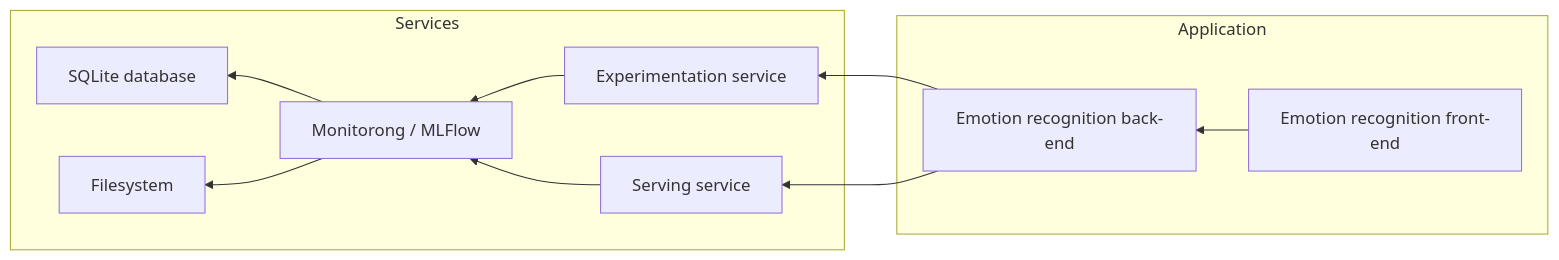
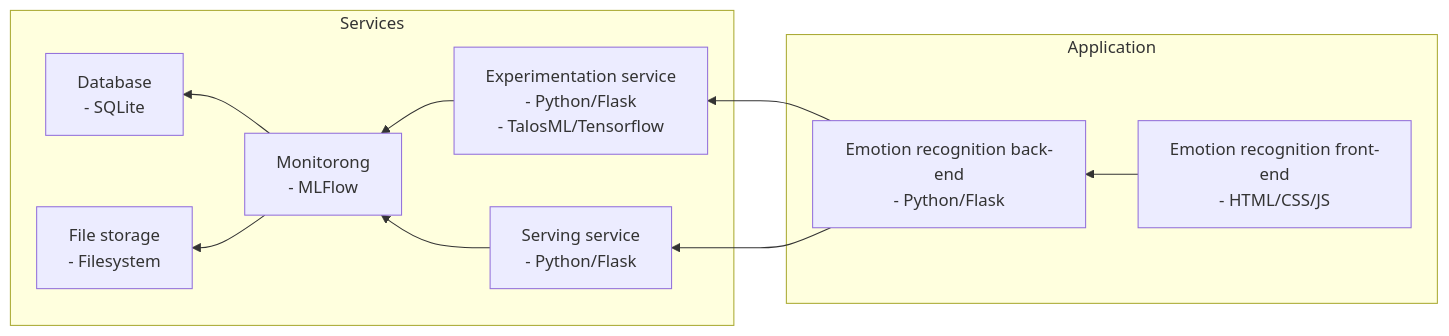
Before and after one commit to Research-Center-Data-Intelligence/CHIMP: the diagram in README.md, drawn with Mermaid.

Commit message:
Fixed diagram formatting

````diff
--- a/README.md
+++ b/README.md
@@ -10,14 +10,14 @@
 ```mermaid
 graph RL;
    subgraph Application
-      afe[Emotion recognition front-end]-->abe[Emotion recognition back-end];
+      afe[Emotion recognition front-end<br/>- HTML/CSS/JS]-->abe[Emotion recognition back-end<br/>- Python/Flask];
    end
-      abe-->exp[Experimentation service];
-      abe-->srv[Serving service];
+      abe-->exp[Experimentation service<br/>- Python/Flask<br/>- TalosML/Tensorflow];
+      abe-->srv[Serving service<br/>- Python/Flask];
    subgraph Services
-      exp-->mlf[Monitorong / MLFlow];
+      exp-->mlf[Monitorong<br/>- MLFlow];
       srv-->mlf;
-      mlf-->db[SQLite database];
-      mlf-->fs[Filesystem];
+      mlf-->db[Database<br/>- SQLite];
+      mlf-->fs[File storage<br/>- Filesystem];
    end
 ```
````
